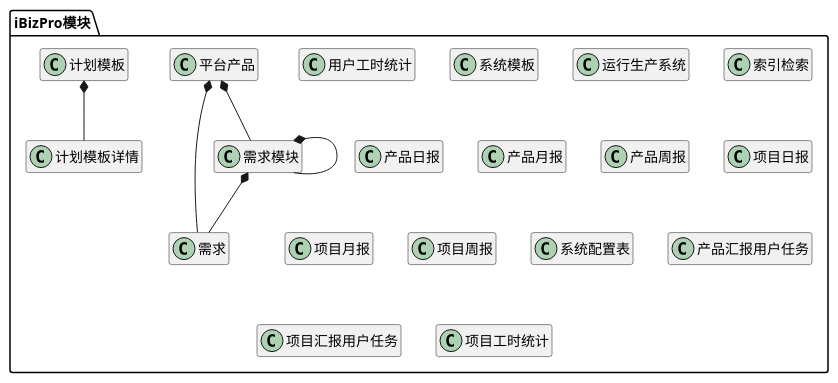
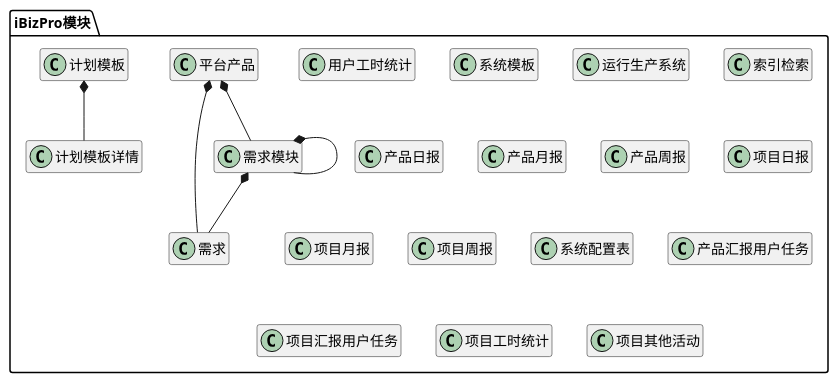
Before and after one commit to goblinln/iBizPMS: the diagram in ibizpms-docs/src/main/doc/v1/module/ibizpro.md, drawn with PlantUML. The commit also changed other lines of this file and 24 other files, not shown here.

```diff
--- a/ibizpms-docs/src/main/doc/v1/module/ibizpro.md
+++ b/ibizpms-docs/src/main/doc/v1/module/ibizpro.md
@@ -64,6 +64,9 @@
 class 项目工时统计 {
 }
 
+class 项目其他活动 {
+}
+
 
 平台产品 *-- 需求模块 
 
```
